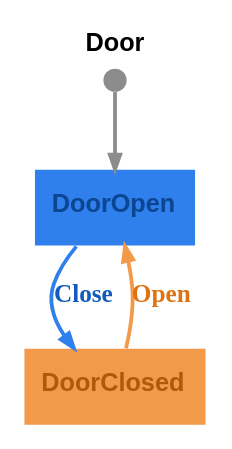
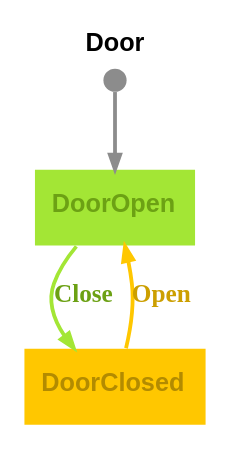
One commit to m-bock/purescript-transit changed the diagram in graphs/door.dot. Above: the diagram before and after it, drawn with Graphviz. The commit also changed 17 other files, not shown here.

```diff
--- a/graphs/door.dot
+++ b/graphs/door.dot
@@ -1,10 +1,10 @@
 digraph 
 {
 rankdir = "TD";fontname = "Arial";label = <<b>Door</b>>;labelloc = "t";fontsize = 12;bgcolor = "#ffffff"
-DoorOpen [shape = "box", label = <<b>DoorOpen</b>>, fontsize = 12, style = "filled", fillcolor = "#2f80ed", fontcolor = "#0c4590", fontname = "Arial", labelloc = "c", penwidth = 0.0]
+DoorOpen [shape = "box", label = <<b>DoorOpen</b>>, fontsize = 12, style = "filled", fillcolor = "#a3e635", fontcolor = "#6ca114", fontname = "Arial", labelloc = "c", penwidth = 0.0]
 __Start__ [shape = "circle", label = "", width = 0.15, height = 0.15, fixedsize = true, style = "filled", fillcolor = "#8c8c8c", penwidth = 0.0]
 __Start__ -> DoorOpen [color = "#8c8c8c", fontsize = 12, arrowsize = "0.7", penwidth = 1.8]
-DoorOpen -> DoorClosed [color = "#2f80ed", fontcolor = "#115bbf", fontsize = 12, arrowsize = "0.7", label = <<b>Close</b>>, penwidth = 1.8]
-DoorClosed [shape = "box", label = <<b>DoorClosed</b>>, fontsize = 12, style = "filled", fillcolor = "#f2994a", fontcolor = "#b0590d", fontname = "Arial", labelloc = "c", penwidth = 0.0]
-DoorClosed -> DoorOpen [color = "#f2994a", fontcolor = "#e07210", fontsize = 12, arrowsize = "0.7", label = <<b>Open</b>>, penwidth = 1.8]
+DoorOpen -> DoorClosed [color = "#a3e635", fontcolor = "#6ca114", fontsize = 12, arrowsize = "0.7", label = <<b>Close</b>>, penwidth = 1.8]
+DoorClosed [shape = "box", label = <<b>DoorClosed</b>>, fontsize = 12, style = "filled", fillcolor = "#ffc700", fontcolor = "#b38b00", fontname = "Arial", labelloc = "c", penwidth = 0.0]
+DoorClosed -> DoorOpen [color = "#ffc700", fontcolor = "#cc9f00", fontsize = 12, arrowsize = "0.7", label = <<b>Open</b>>, penwidth = 1.8]
 }
```
